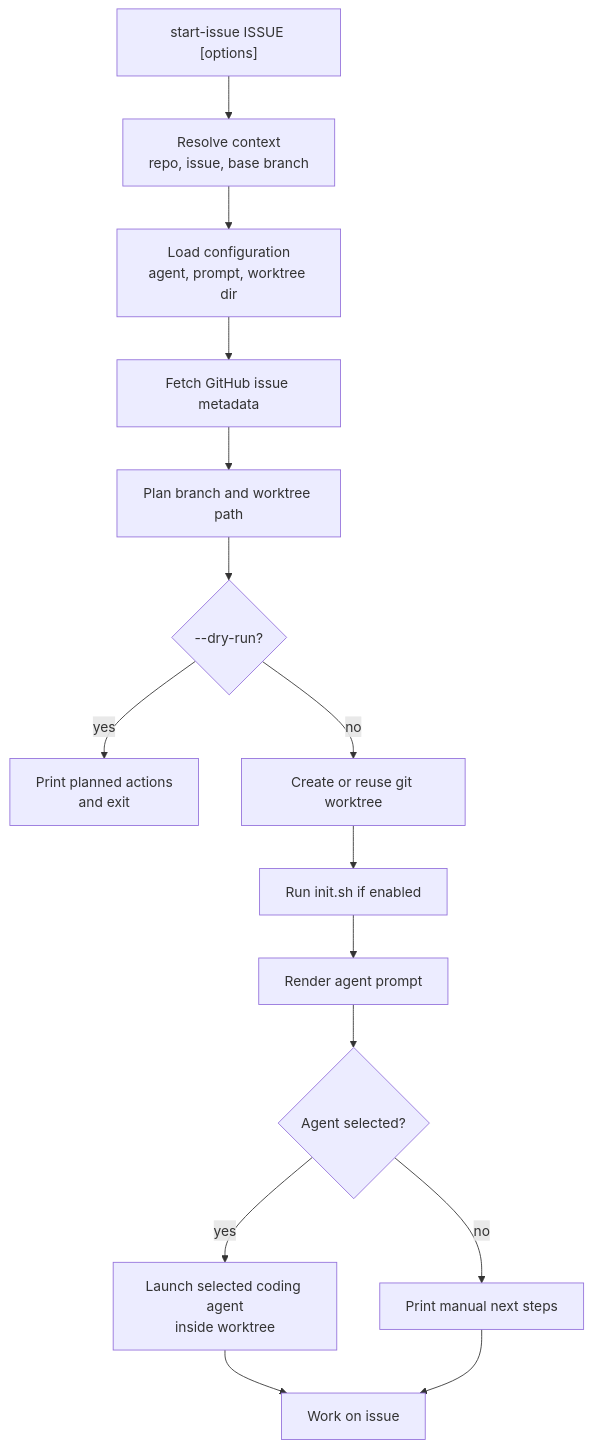
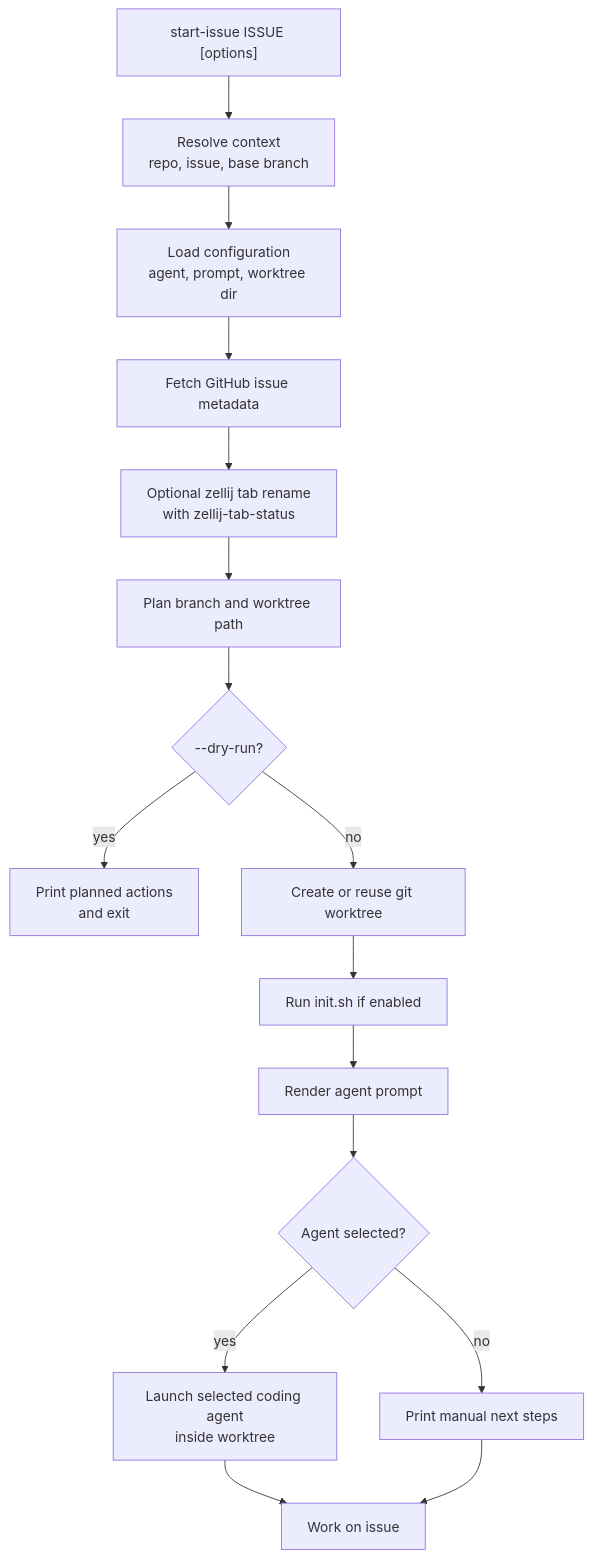
Before and after one commit to dapi/start-issue: the diagram in README.md, drawn with Mermaid. The commit also changed other lines of this file and 6 other files, not shown here.

````diff
--- a/README.md
+++ b/README.md
@@ -41,21 +41,22 @@
 ```mermaid
 flowchart TD
     A["start-issue ISSUE [options]"] --> B["Resolve context<br/>repo, issue, base branch"]
     B --> C["Load configuration<br/>agent, prompt, worktree dir"]
     C --> D["Fetch GitHub issue metadata"]
-    D --> E["Plan branch and worktree path"]
+    D --> Z["Optional zellij tab rename<br/>with zellij-tab-status"]
+    Z --> E["Plan branch and worktree path"]
     E --> F{"--dry-run?"}
 
     F -- yes --> G["Print planned actions<br/>and exit"]
     F -- no --> H["Create or reuse git worktree"]
 
     H --> I["Run init.sh if enabled"]
     I --> J["Render agent prompt"]
     J --> K{"Agent selected?"}
 
     K -- yes --> L["Launch selected coding agent<br/>inside worktree"]
     K -- no --> M["Print manual next steps"]
 
     L --> N["Work on issue"]
     M --> N
 ```
````
